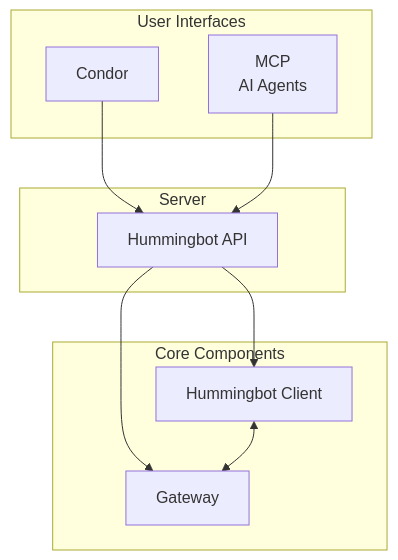
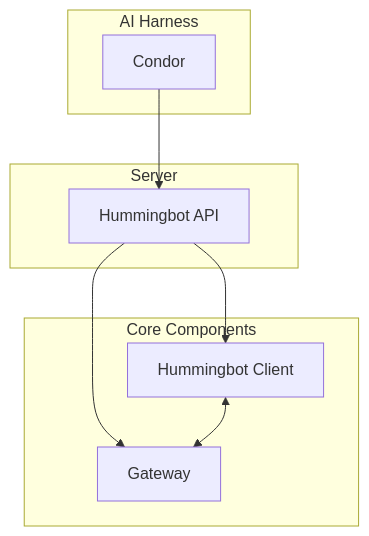
The diagram in docs/index.md (hummingbot/hummingbot-site), drawn with Mermaid before and after one commit. The commit also changed other lines of this file and 24 other files, not shown here.

````diff
--- a/docs/index.md
+++ b/docs/index.md
@@ -70,22 +78,20 @@
 ```mermaid
 graph TB
-    subgraph "User Interfaces"
+    subgraph "AI Harness"
         CONDOR[Condor]
-        MCP[MCP<br/>AI Agents]
     end
 
     subgraph "Server"
         API[Hummingbot API]
     end
 
     subgraph "Core Components"
         CLIENT[Hummingbot Client]
         GATEWAY[Gateway]
     end
 
     CONDOR --> API
-    MCP --> API
     API --> CLIENT
     API --> GATEWAY
     CLIENT <--> GATEWAY
 ```
````
